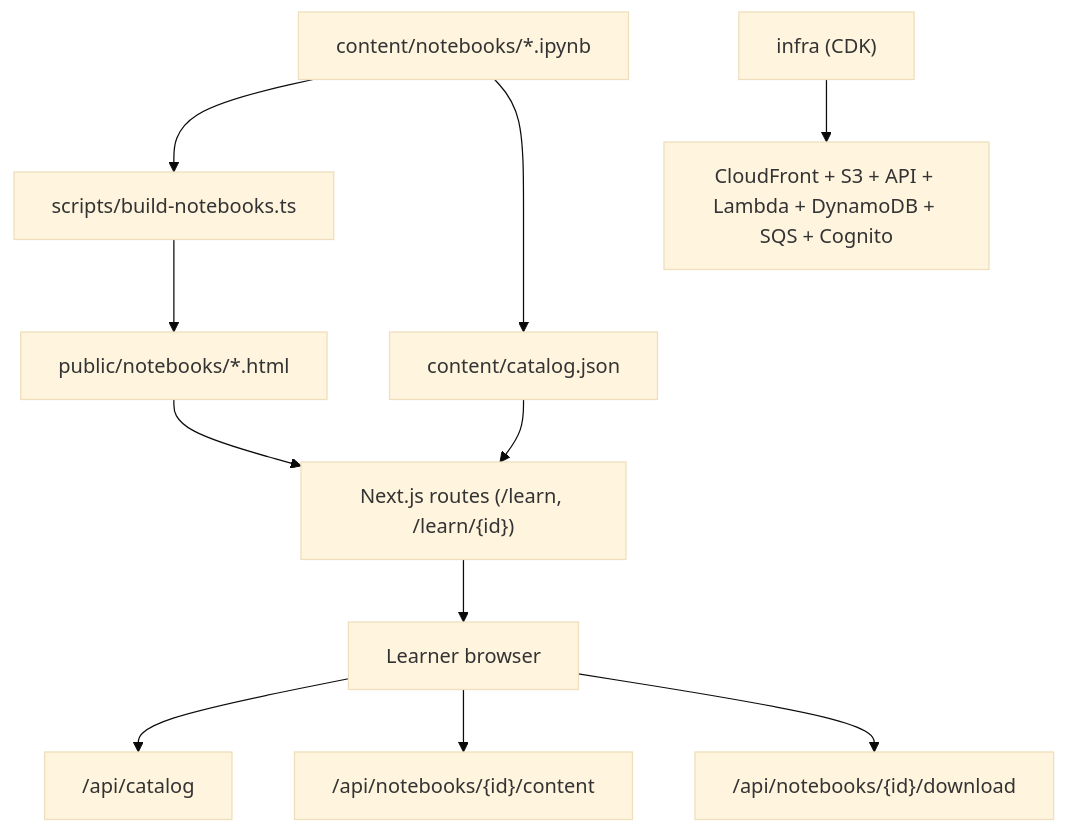
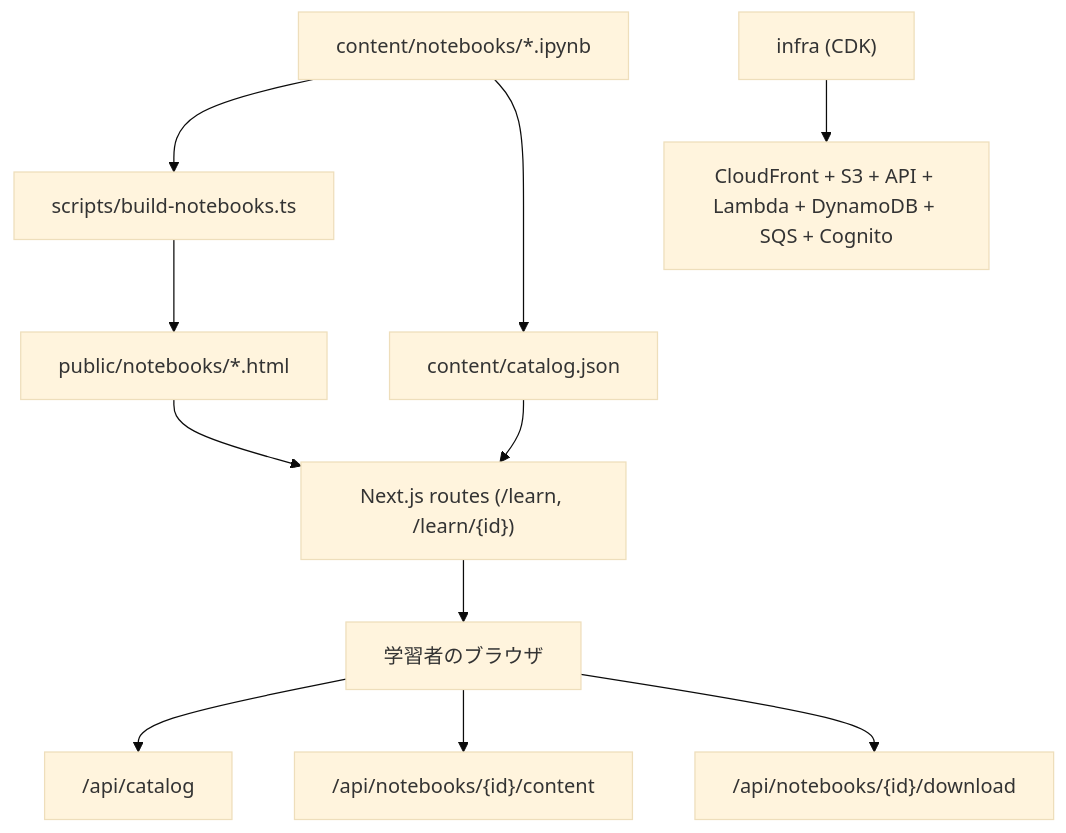
Before and after one commit to mani1261790/Noema: the second of 3 diagrams in README.md, drawn with Mermaid (base theme). The commit also changed other lines of this file and 12 other files, not shown here.

````diff
--- a/README.md
+++ b/README.md
@@ -44,13 +45,13 @@
 ```mermaid
 flowchart TD
   A["content/notebooks/*.ipynb"] --> B["scripts/build-notebooks.ts"]
   B --> C["public/notebooks/*.html"]
   A --> D["content/catalog.json"]
   D --> E["Next.js routes (/learn, /learn/{id})"]
   C --> E
-  E --> F["Learner browser"]
+  E --> F["学習者のブラウザ"]
   F --> G["/api/catalog"]
   F --> H["/api/notebooks/{id}/content"]
   F --> I["/api/notebooks/{id}/download"]
   J["infra (CDK)"] --> K["CloudFront + S3 + API + Lambda + DynamoDB + SQS + Cognito"]
 ```
````
